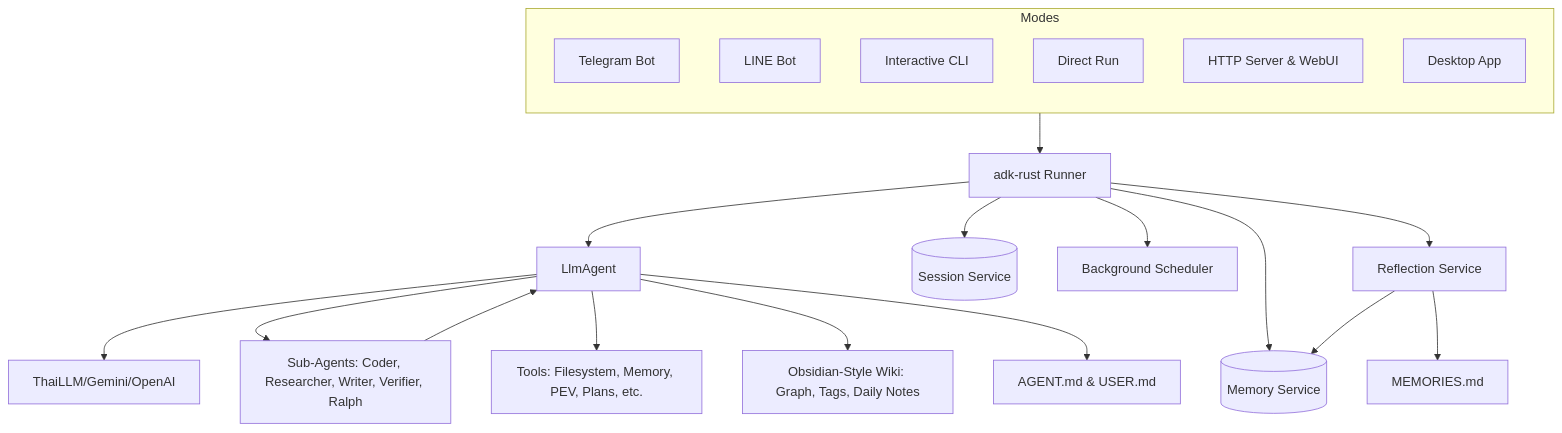
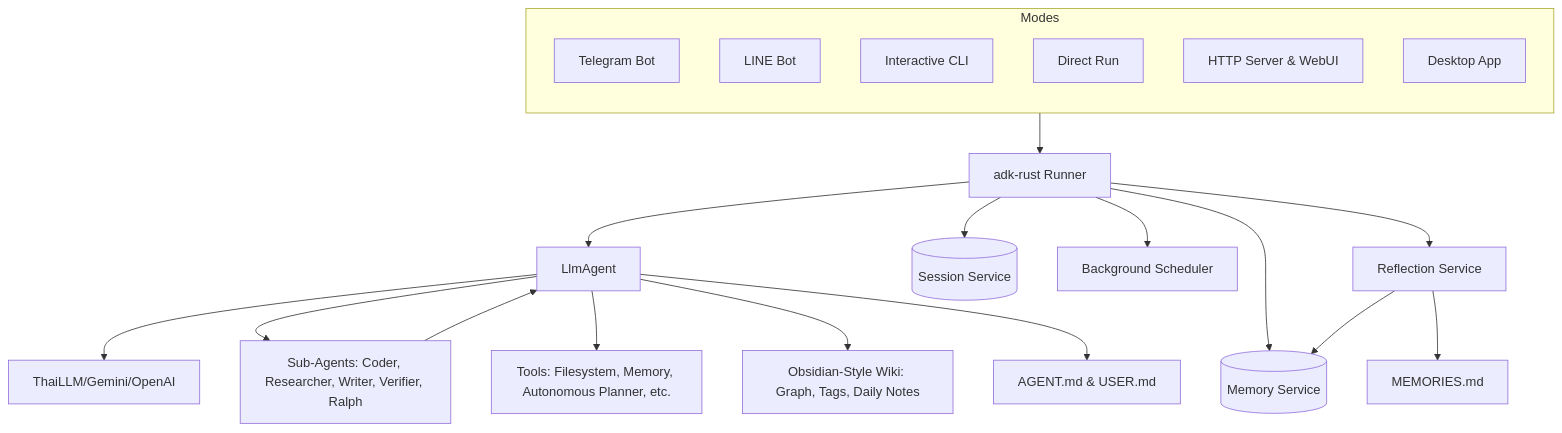
Before and after one commit to anoochit/nami-core: the diagram in README.md, drawn with Mermaid. The commit also changed other lines of this file and 8 other files, not shown here.

````diff
--- a/README.md
+++ b/README.md
@@ -190,31 +190,31 @@
 ```mermaid
 graph TD
     subgraph EntryPoints [Modes]
         direction TB
         Bot[Telegram Bot]
         Line[LINE Bot]
         CLI[Interactive CLI]
         Run[Direct Run]
         Server[HTTP Server & WebUI]
         Desktop[Desktop App]
     end
 
     EntryPoints --> Runner[adk-rust Runner]
     
     Runner --> Agent[LlmAgent]
     Runner --> DB[(Session Service)]
     Runner --> Memory[(Memory Service)]
     Runner --> Scheduler[Background Scheduler]
     Runner --> Reflection[Reflection Service]
     
     Agent --> LLM[ThaiLLM/Gemini/OpenAI]
     Agent --> SubAgents[Sub-Agents: Coder, Researcher, Writer, Verifier, Ralph]
-    Agent --> Tools[Tools: Filesystem, Memory, PEV, Plans, etc.]
+    Agent --> Tools[Tools: Filesystem, Memory, Autonomous Planner, etc.]
     Agent --> Wiki[Obsidian-Style Wiki: Graph, Tags, Daily Notes]
     Agent --> Persona[AGENT.md & USER.md]
 
     Reflection --> Memory
     Reflection --> UserMemory["MEMORIES.md"]
     
     SubAgents --> Agent
 ```
````
